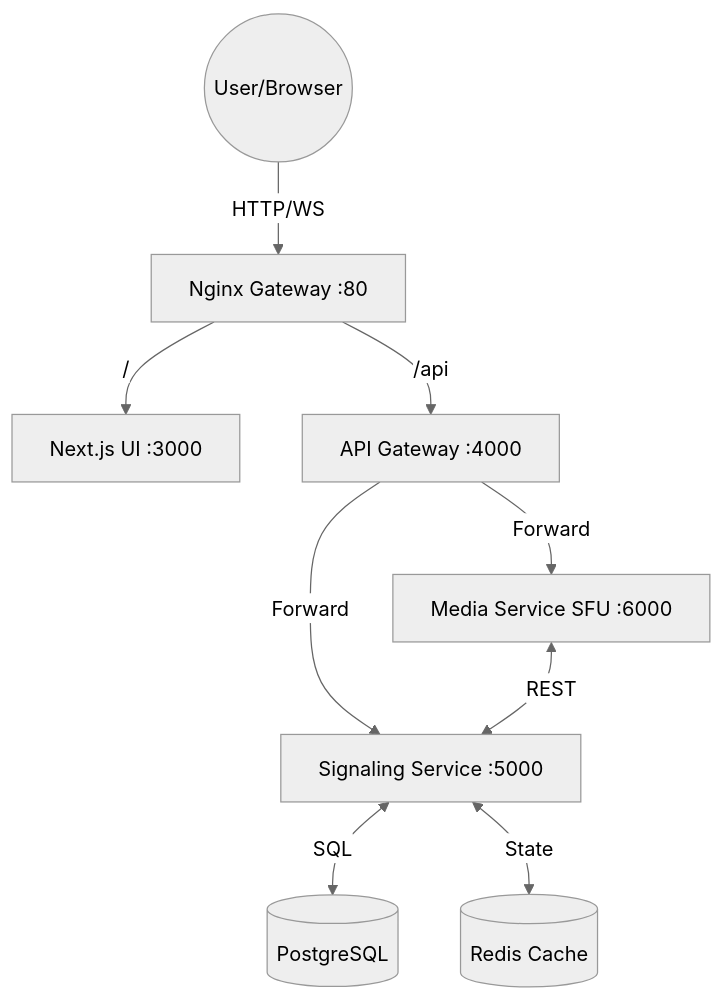
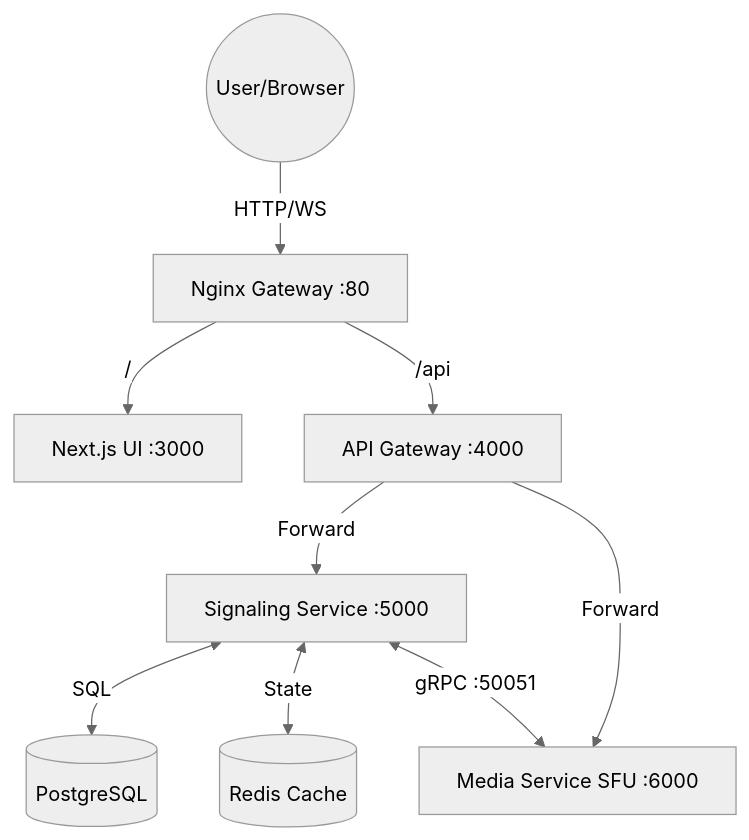
The first of 2 diagrams in Readme.md (pappukrs/Realtime-vedio-call), drawn with Mermaid (neutral theme) before and after one commit. The commit also changed other lines of this file and 11 other files, not shown here.

````diff
--- a/Readme.md
+++ b/Readme.md
@@ -14,21 +14,21 @@
 ```mermaid
 graph TD
     User((User/Browser))
     Nginx[Nginx Gateway :80]
     UI[Next.js UI :3000]
     Gateway[API Gateway :4000]
     Signaling[Signaling Service :5000]
     Media[Media Service SFU :6000]
     DB[(PostgreSQL)]
     Redis[(Redis Cache)]
 
     User -->|HTTP/WS| Nginx
     Nginx -->|/| UI
     Nginx -->|/api| Gateway
     Gateway -->|Forward| Signaling
     Gateway -->|Forward| Media
     
     Signaling <-->|SQL| DB
     Signaling <-->|State| Redis
-    Media <-->|REST| Signaling
+    Signaling <-->|gRPC :50051| Media
 ```
````
